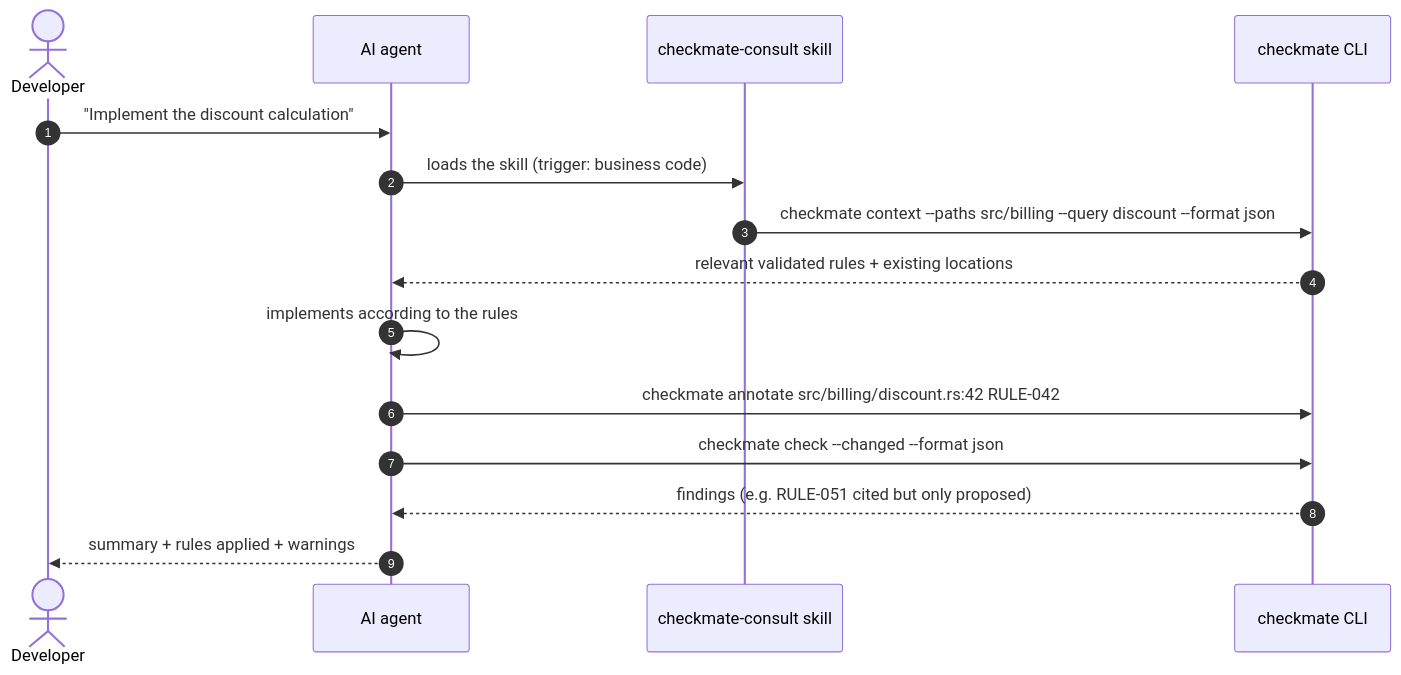
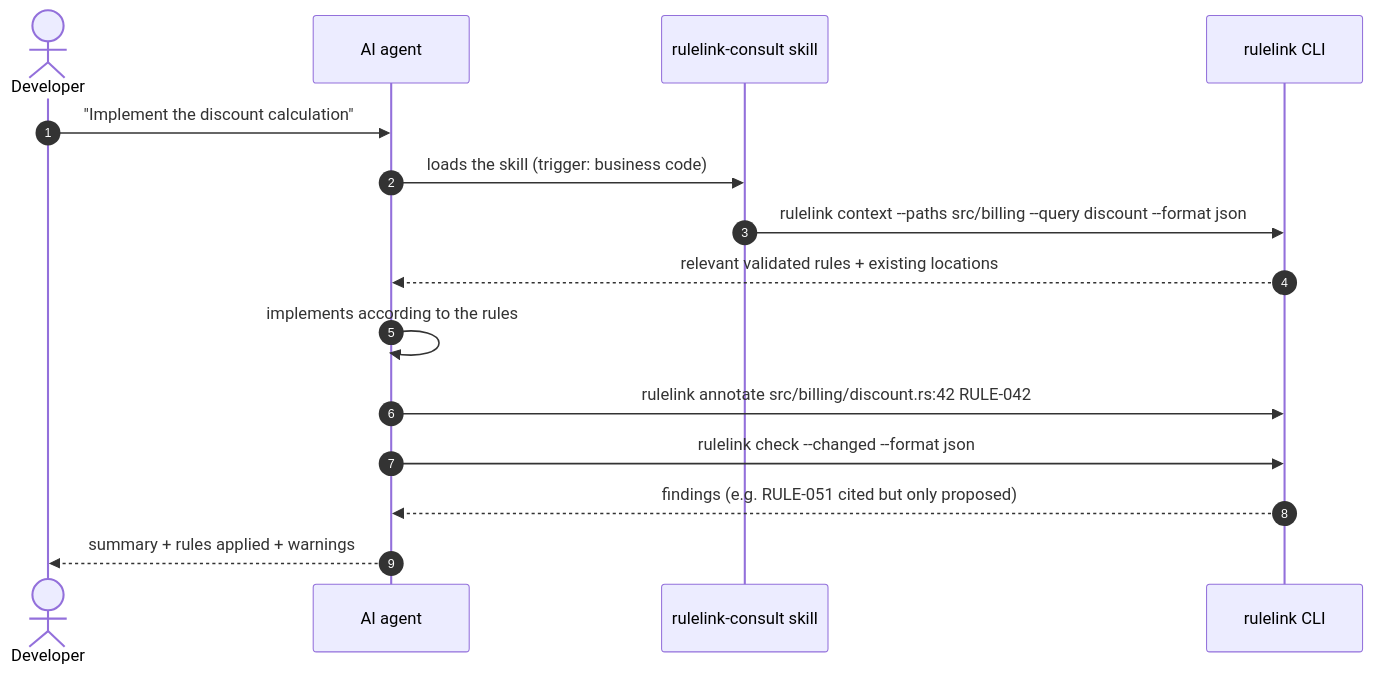
One commit to E-Jacques/Rulelink changed the fifth of 7 diagrams in docs/architecture/00-global-architecture.md. Above: the diagram before and after it, drawn with Mermaid. The commit also changed other lines of this file and 126 other files, not shown here.

First line of the commit message:
chore: rename the project from Checkmate to Rulelink (#6)

````diff
--- a/docs/architecture/00-global-architecture.md
+++ b/docs/architecture/00-global-architecture.md
@@ -268,18 +268,18 @@
 ```mermaid
 sequenceDiagram
     autonumber
     actor Dev as Developer
     participant AG as AI agent
-    participant SK as checkmate-consult skill
-    participant CLI as checkmate CLI
+    participant SK as rulelink-consult skill
+    participant CLI as rulelink CLI
 
     Dev->>AG: "Implement the discount calculation"
     AG->>SK: loads the skill (trigger: business code)
-    SK->>CLI: checkmate context --paths src/billing --query discount --format json
+    SK->>CLI: rulelink context --paths src/billing --query discount --format json
     CLI-->>AG: relevant validated rules + existing locations
     AG->>AG: implements according to the rules
-    AG->>CLI: checkmate annotate src/billing/discount.rs:42 RULE-042
-    AG->>CLI: checkmate check --changed --format json
+    AG->>CLI: rulelink annotate src/billing/discount.rs:42 RULE-042
+    AG->>CLI: rulelink check --changed --format json
     CLI-->>AG: findings (e.g. RULE-051 cited but only proposed)
     AG-->>Dev: summary + rules applied + warnings
 ```
````
